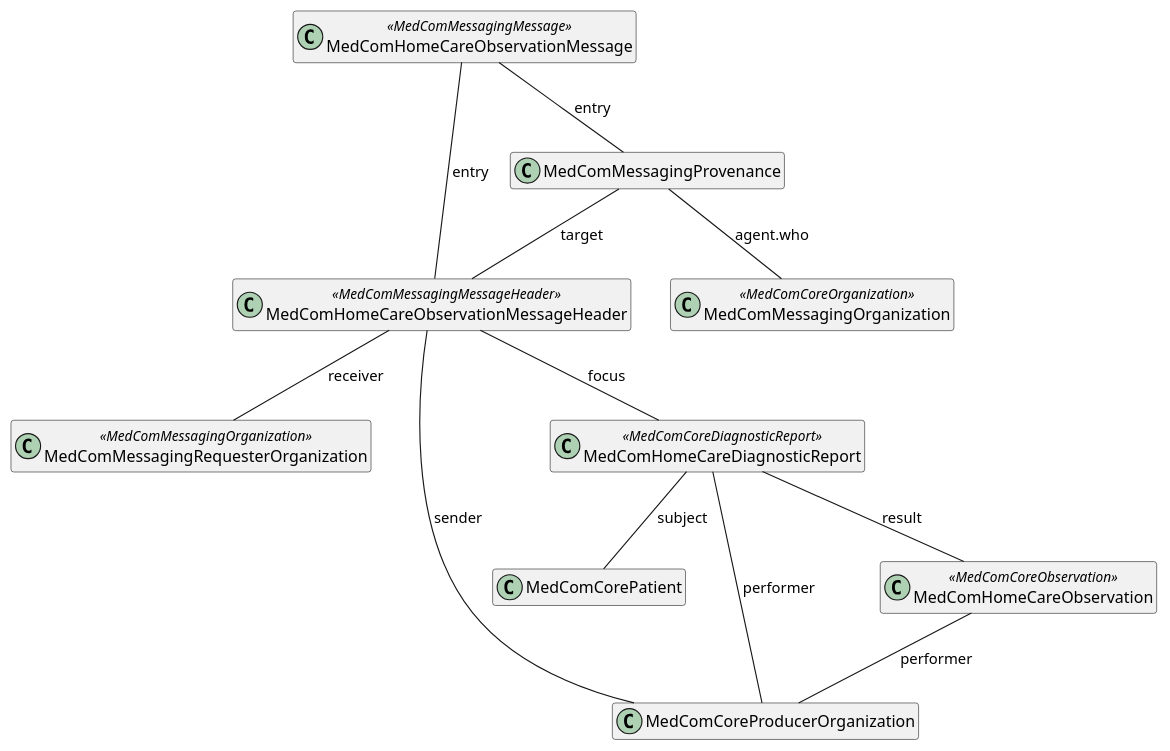
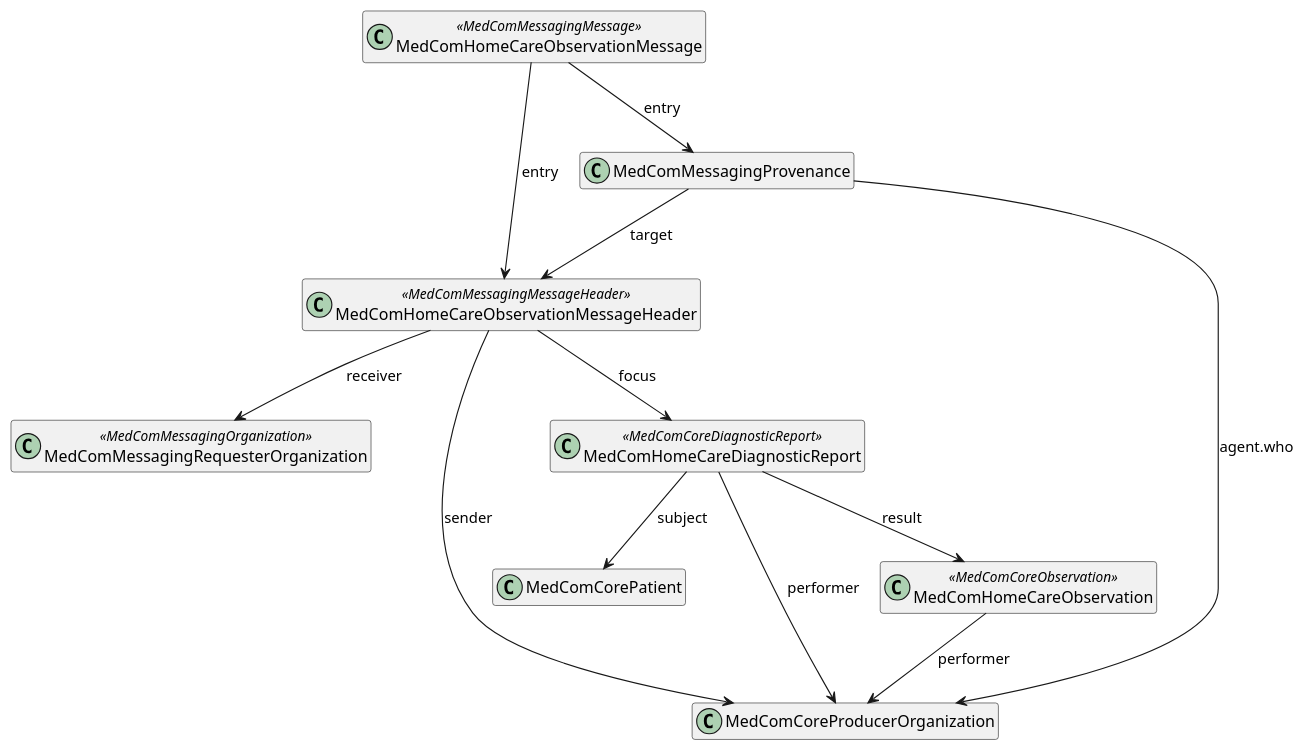
Before and after one commit to medcomdk/dk_MunicipalityObservationResults: the diagram in puml/HomeCareObservartionMessage.puml, drawn with PlantUML. The commit also changed 3 other files, not shown here.

Commit message:
pulm figure where updated

```diff
--- a/puml/HomeCareObservartionMessage.puml
+++ b/puml/HomeCareObservartionMessage.puml
@@ -1,32 +1,28 @@
 @startuml HomeCareObservationMessage
 
 hide empty members
 
 top to bottom direction
 
 class "MedComHomeCareObservationMessage" as message <<MedComMessagingMessage>>
 class "MedComHomeCareObservationMessageHeader" as messageheader <<MedComMessagingMessageHeader>>
 class "MedComMessagingProvenance" as provenance
-class "MedComMessagingOrganization" as messagingOrganization <<MedComCoreOrganization>>
 class "MedComMessagingRequesterOrganization" as observationRequester <<MedComMessagingOrganization>>
 class "MedComCorePatient" as patient
 class "MedComCoreProducerOrganization" as organization 
-' class "MedComCorePractitioner" as author
 class "MedComHomeCareDiagnosticReport" as diagnosticReport <<MedComCoreDiagnosticReport>>
 class "MedComHomeCareObservation" as coreobservation <<MedComCoreObservation>>
 
-message -- messageheader : "entry"
-messageheader -- diagnosticReport : "focus"
-message -- provenance : "entry"
-provenance -- messageheader : "target" 
-provenance -- messagingOrganization : "agent.who"
-diagnosticReport -- patient : "subject"
-diagnosticReport -- organization: "performer"
-diagnosticReport -- coreobservation : "result"
-coreobservation -- organization:"performer"
-
-
-messageheader -- observationRequester : "receiver"
-messageheader -- organization : "sender"
+message --> messageheader : "entry"
+messageheader --> diagnosticReport : "focus"
+messageheader --> organization : "sender"
+message --> provenance : "entry"
+provenance --> messageheader : "target" 
+provenance --> organization : "agent.who"
+messageheader --> observationRequester : "receiver"
+diagnosticReport --> organization: "performer"
+diagnosticReport --> patient : "subject"
+diagnosticReport --> coreobservation : "result"
+coreobservation --> organization:"performer"
 
 @enduml
```
